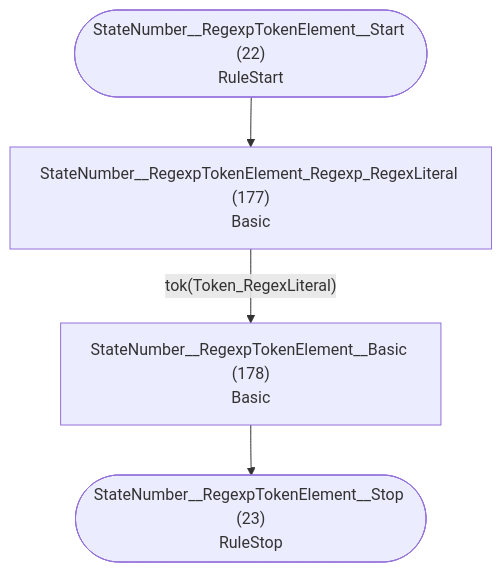
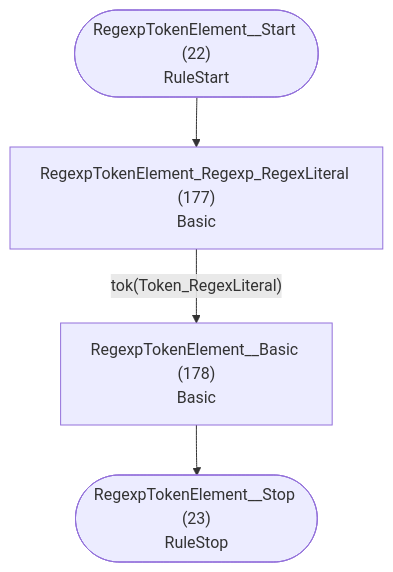
One commit to TypeFox/fastbelt changed diagram 12 of 37 in internal/grammar/atn.md. Above: the diagram before and after it, drawn with Mermaid. The commit also changed other lines of this file and 26 other files, not shown here.

````diff
--- a/internal/grammar/atn.md
+++ b/internal/grammar/atn.md
@@ -343,11 +343,11 @@
 ```mermaid
 flowchart TD
-    q22(["StateNumber__RegexpTokenElement__Start (22)<br/>RuleStart"])
-    q23(["StateNumber__RegexpTokenElement__Stop (23)<br/>RuleStop"])
-    q177["StateNumber__RegexpTokenElement_Regexp_RegexLiteral (177)<br/>Basic<br/>"]
-    q178["StateNumber__RegexpTokenElement__Basic (178)<br/>Basic<br/>"]
+    q22(["RegexpTokenElement__Start (22)<br/>RuleStart"])
+    q23(["RegexpTokenElement__Stop (23)<br/>RuleStop"])
+    q177["RegexpTokenElement_Regexp_RegexLiteral (177)<br/>Basic<br/>"]
+    q178["RegexpTokenElement__Basic (178)<br/>Basic<br/>"]
 
     q22 --> q177
     q177 -->|"tok(Token_RegexLiteral)"| q178
     q178 --> q23
 ```
````
